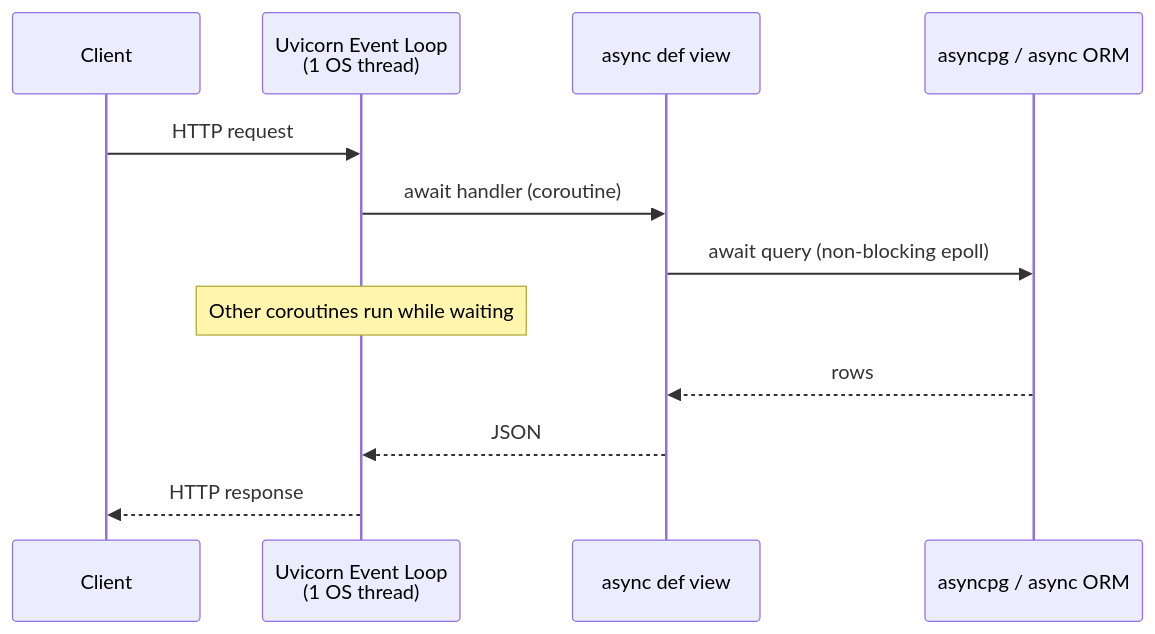
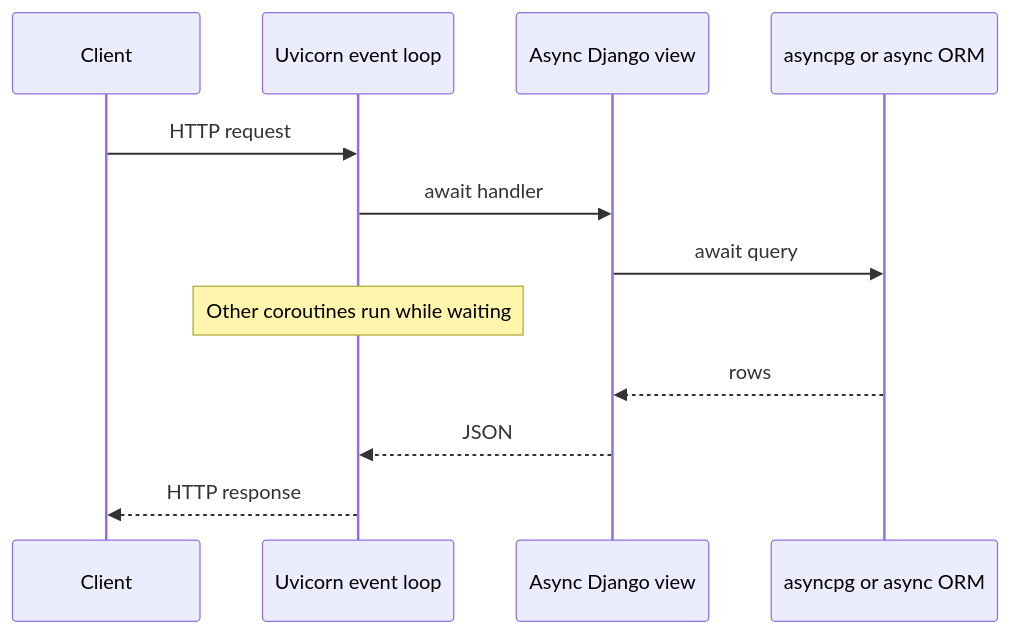
The second of 5 diagrams in docs/WSGI_GEVENT_VS_ASGI.md (shoaib2478/workstack), drawn with Mermaid before and after one commit. The commit also changed other lines of this file and 2 other files, not shown here.

Commit message:
Doccuments mermain and working fix (#7)

````diff
--- a/docs/WSGI_GEVENT_VS_ASGI.md
+++ b/docs/WSGI_GEVENT_VS_ASGI.md
@@ -63,15 +63,15 @@
 ```mermaid
 sequenceDiagram
     participant Client
-    participant Uvicorn as Uvicorn Event Loop<br/>(1 OS thread)
-    participant View as async def view
-    participant DB as asyncpg / async ORM
+    participant Uvicorn as Uvicorn event loop
+    participant View as Async Django view
+    participant DB as asyncpg or async ORM
 
     Client->>Uvicorn: HTTP request
-    Uvicorn->>View: await handler (coroutine)
-    View->>DB: await query (non-blocking epoll)
+    Uvicorn->>View: await handler
+    View->>DB: await query
     Note over Uvicorn: Other coroutines run while waiting
     DB-->>View: rows
     View-->>Uvicorn: JSON
     Uvicorn-->>Client: HTTP response
 ```
````
